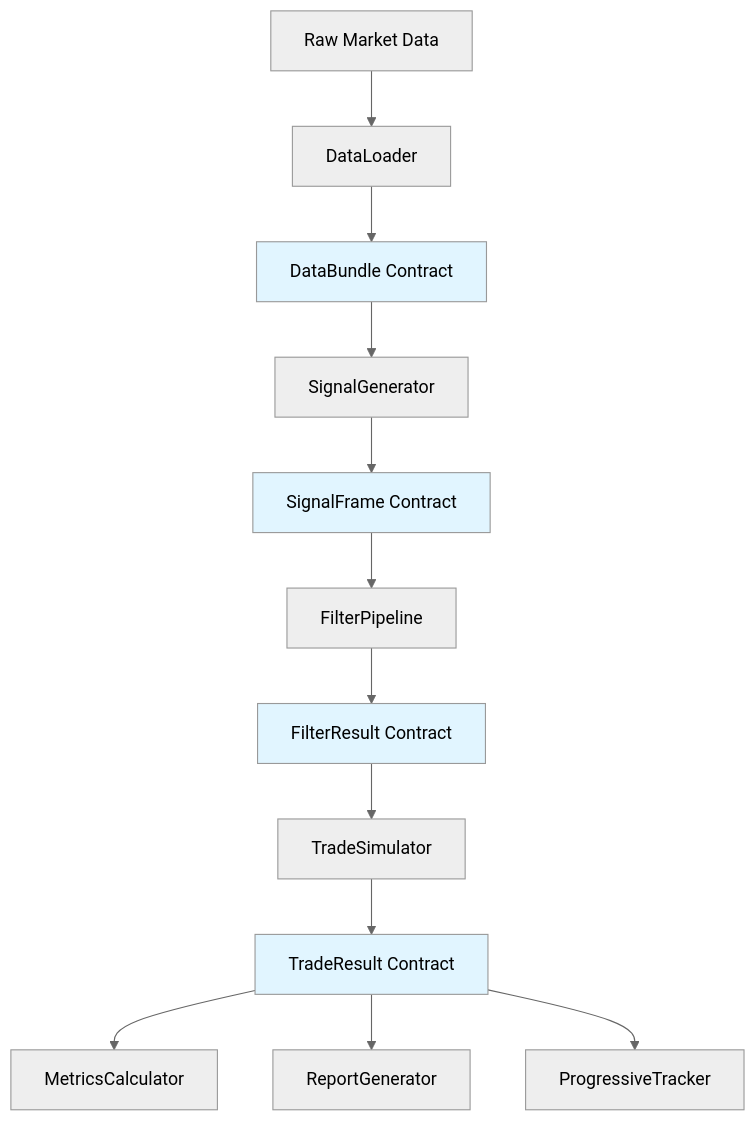
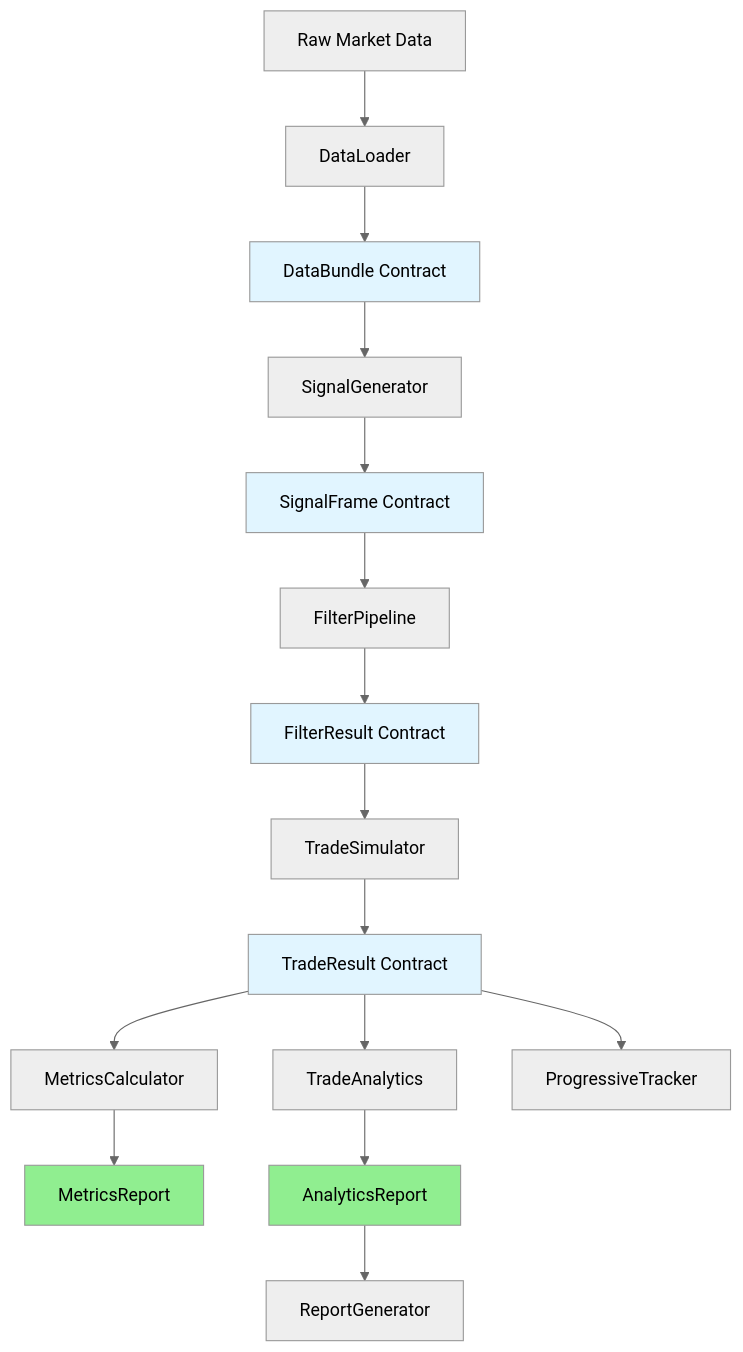
One commit to RumcajsPL/Backtest_platform changed the first of 2 diagrams in docs/architecture/architecture.md. Above: the diagram before and after it, drawn with Mermaid (neutral theme). The commit also changed other lines of this file and 9 other files, not shown here.

````diff
--- a/docs/architecture/architecture.md
+++ b/docs/architecture/architecture.md
@@ -51,19 +53,24 @@
 ```mermaid
 graph TD
     A[Raw Market Data] --> B[DataLoader]
     B --> C[DataBundle Contract]
     C --> D[SignalGenerator]
     D --> E[SignalFrame Contract]
     E --> F[FilterPipeline]
     F --> G[FilterResult Contract]
     G --> H[TradeSimulator]
     H --> I[TradeResult Contract]
     I --> J[MetricsCalculator]
-    I --> K[ReportGenerator]
-    I --> L[ProgressiveTracker]
+    I --> K[TradeAnalytics]
+    J --> L[MetricsReport]
+    K --> M[AnalyticsReport]
+    M --> N[ReportGenerator]
+    I --> O[ProgressiveTracker]
     
     style C fill:#e1f5ff
     style E fill:#e1f5ff
     style G fill:#e1f5ff
     style I fill:#e1f5ff
+    style L fill:#90EE90
+    style M fill:#90EE90
 ```
````
